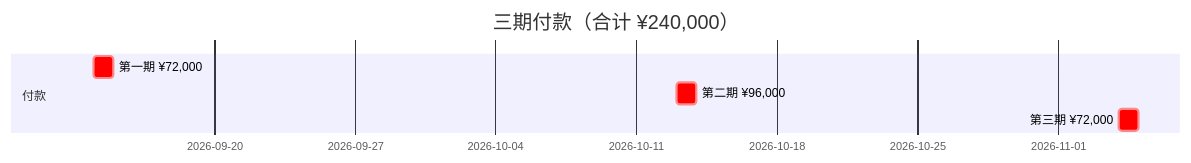
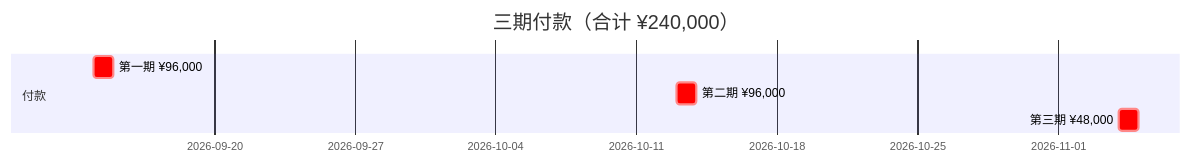
The third of 3 diagrams in docs/local/全项目计划书.md (abutang-droid/Texas-Hold-em), drawn with Mermaid before and after one commit. The commit also changed other lines of this file and 6 other files, not shown here.

````diff
--- a/docs/local/全项目计划书.md
+++ b/docs/local/全项目计划书.md
@@ -256,10 +256,10 @@
 ```mermaid
 gantt
     title 三期付款（合计 ¥240,000）
     dateFormat YYYY-MM-DD
 
     section 付款
-    第一期 ¥72,000          :crit, pay1, 2026-09-14, 1d
+    第一期 ¥96,000          :crit, pay1, 2026-09-14, 1d
     第二期 ¥96,000          :crit, pay2, 2026-10-13, 1d
-    第三期 ¥72,000          :crit, pay3, 2026-11-04, 1d
+    第三期 ¥48,000          :crit, pay3, 2026-11-04, 1d
 ```
````
